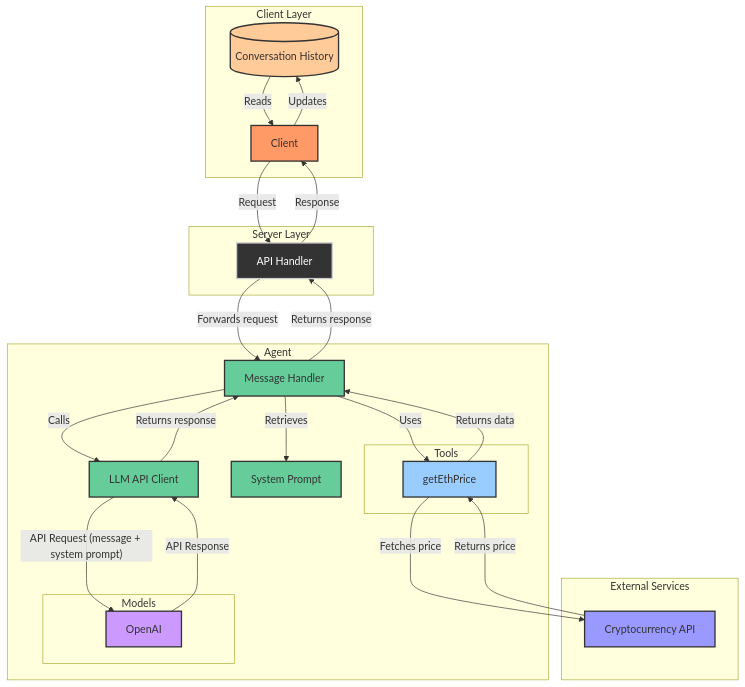
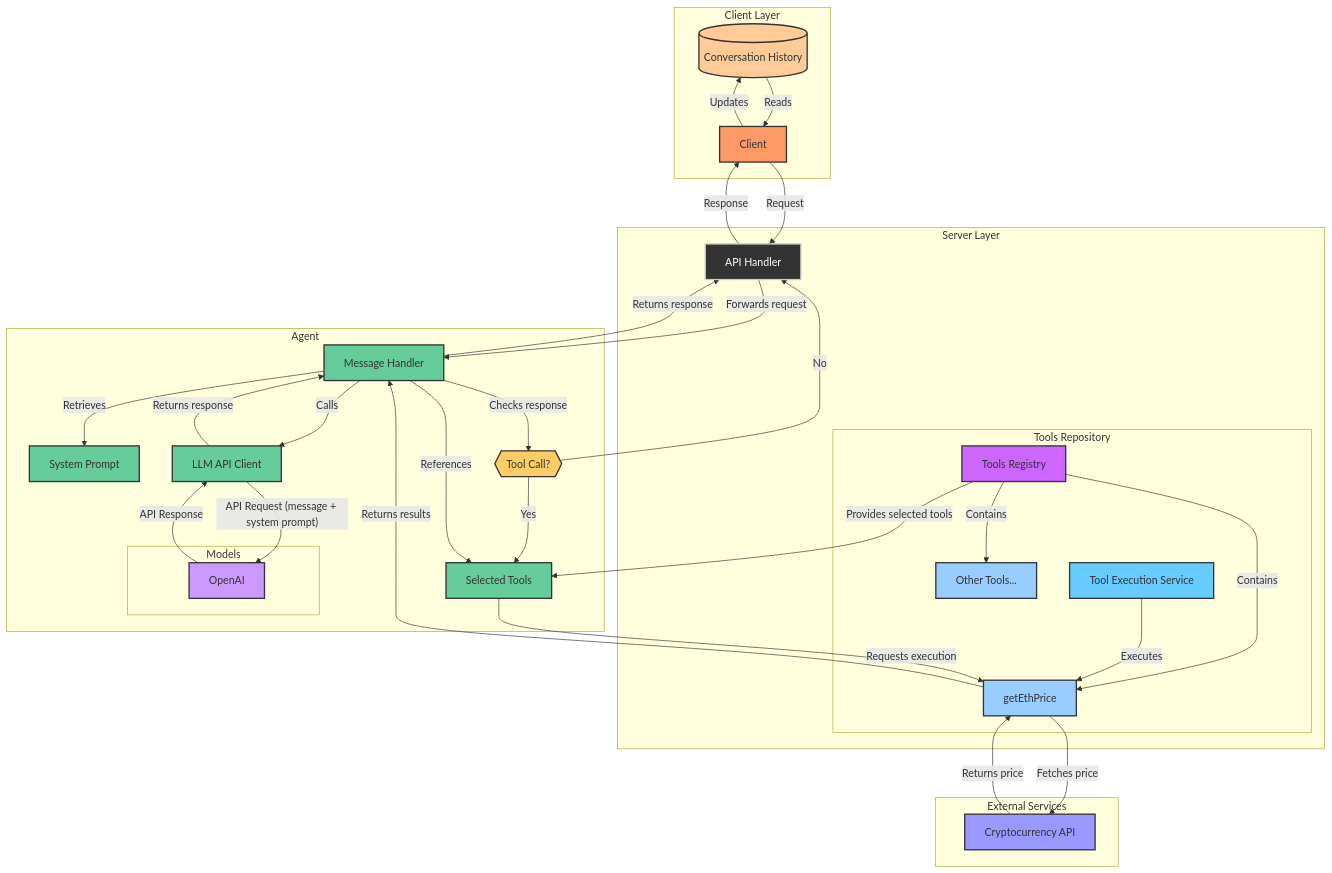
The diagram in server/lib/levels/flowcharts/level04.md (motechFR/ai-agents-demo), drawn with Mermaid before and after one commit.

Commit message:
Refactor level 4 diagram

````diff
--- a/server/lib/levels/flowcharts/level04.md
+++ b/server/lib/levels/flowcharts/level04.md
@@ -1,62 +1,82 @@
 ```mermaid
 graph TD
     subgraph Client Layer
         ConversationHistory[("Conversation History")]
         Client
         Client -- "Updates" --> ConversationHistory
         ConversationHistory -- "Reads" --> Client
     end
 
     subgraph Server Layer
         APIHandler["API Handler"]
+        
+        subgraph Tools Repository
+            ToolsRegistry["Tools Registry"]
+            GetEthPrice["getEthPrice"]
+            OtherTools["Other Tools..."]
+            ToolExecutionService["Tool Execution Service"]
+            
+            ToolsRegistry -- "Contains" --> GetEthPrice
+            ToolsRegistry -- "Contains" --> OtherTools
+            ToolExecutionService -- "Executes" --> GetEthPrice
+        end
     end
     
     subgraph Agent
         MessageHandler["Message Handler"]
         SystemPrompt["System Prompt"]
         LLMClient["LLM API Client"]
-        
-        subgraph Tools
-            GetEthPrice["getEthPrice"]
-        end
+        SelectedTools["Selected Tools"]
+        ToolCallTest{{"Tool Call?"}}
         
         subgraph Models
             OpenAI["OpenAI"]
         end
         
         MessageHandler -- "Retrieves" --> SystemPrompt
         MessageHandler -- "Calls" --> LLMClient
-        MessageHandler -- "Uses" --> GetEthPrice
-        GetEthPrice -- "Returns data" --> MessageHandler
         LLMClient -- "API Request (message + system prompt)" --> OpenAI
         OpenAI -- "API Response" --> LLMClient
         LLMClient -- "Returns response" --> MessageHandler
+        MessageHandler -- "Checks response" --> ToolCallTest
+        ToolCallTest -- "Yes" --> SelectedTools
+        ToolCallTest -- "No" --> APIHandler
+        MessageHandler -- "References" --> SelectedTools
+        SelectedTools -- "Requests execution" --> GetEthPrice
+        GetEthPrice -- "Returns results" --> MessageHandler
     end
 
     Client -- "Request" --> APIHandler
     APIHandler -- "Forwards request" --> MessageHandler
     MessageHandler -- "Returns response" --> APIHandler
     APIHandler -- "Response" --> Client
+    ToolsRegistry -- "Provides selected tools" --> SelectedTools
 
     subgraph External Services
         CoinAPI["Cryptocurrency API"]
         GetEthPrice -- "Fetches price" --> CoinAPI
         CoinAPI -- "Returns price" --> GetEthPrice
     end
 
     classDef clientStyle fill:#f96,stroke:#333,stroke-width:2px;
     classDef serverStyle fill:#333,stroke:#ccc,stroke-width:2px,color:#fff;
     classDef externalStyle fill:#99f,stroke:#333,stroke-width:2px;
     classDef historyStyle fill:#fc9,stroke:#333,stroke-width:2px;
     classDef agentStyle fill:#6c9,stroke:#333,stroke-width:2px;
     classDef toolStyle fill:#9cf,stroke:#333,stroke-width:2px;
     classDef modelStyle fill:#c9f,stroke:#333,stroke-width:2px;
+    classDef repositoryStyle fill:#c6f,stroke:#333,stroke-width:2px;
+    classDef executionStyle fill:#6cf,stroke:#333,stroke-width:2px;
+    classDef decisionStyle fill:#fc6,stroke:#333,stroke-width:2px;
 
     class Client clientStyle;
     class APIHandler serverStyle;
-    class MessageHandler,SystemPrompt,LLMClient agentStyle;
-    class GetEthPrice toolStyle;
+    class MessageHandler,SystemPrompt,LLMClient,SelectedTools agentStyle;
+    class GetEthPrice,OtherTools toolStyle;
     class OpenAI modelStyle;
     class CoinAPI externalStyle;
     class ConversationHistory historyStyle;
+    class ToolsRegistry repositoryStyle;
+    class ToolExecutionService executionStyle;
+    class ToolCallTest decisionStyle;
 ```
````
